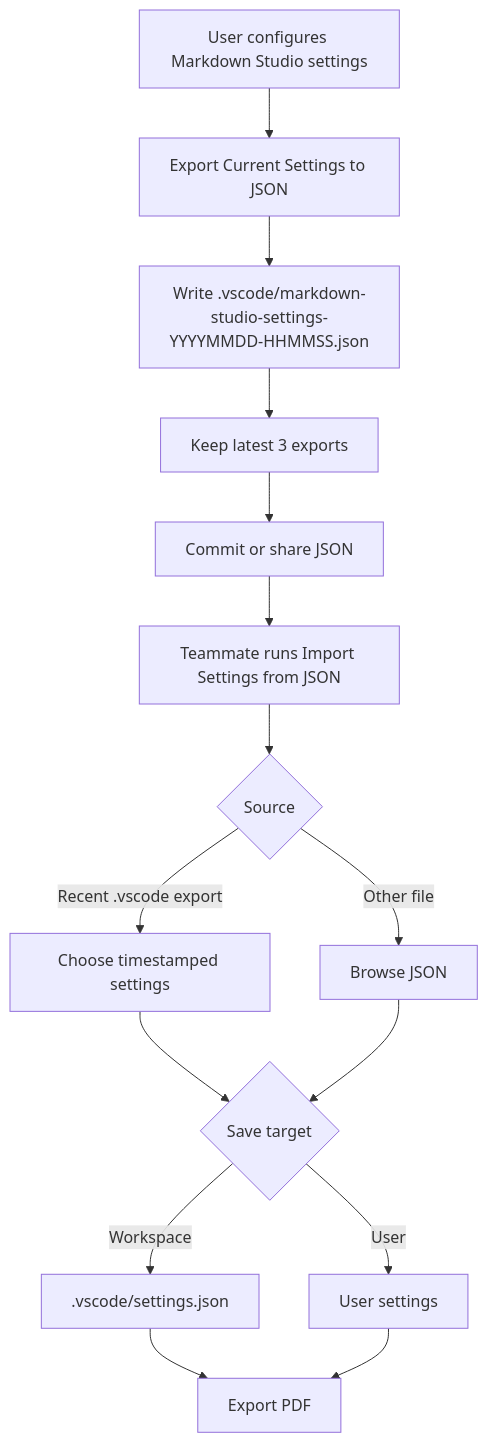
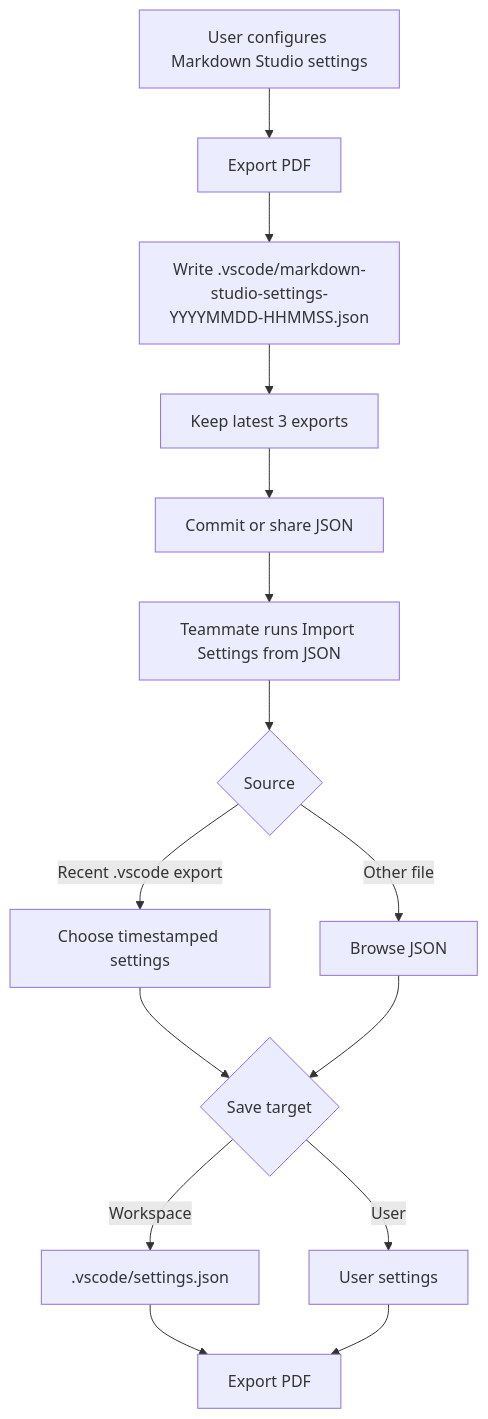
Before and after one commit to kino-6/vscode-markdown-studio: the diagram in docs/plans/export-profiles-plan.md, drawn with Mermaid. The commit also changed other lines of this file and 7 other files, not shown here.

Commit message:
Export settings after PDF generation

````diff
--- a/docs/plans/export-profiles-plan.md
+++ b/docs/plans/export-profiles-plan.md
@@ -21,17 +22,17 @@
 ```mermaid
 flowchart TD
-  A[User configures Markdown Studio settings] --> B[Export Current Settings to JSON]
+  A[User configures Markdown Studio settings] --> B[Export PDF]
   B --> C[Write .vscode/markdown-studio-settings-YYYYMMDD-HHMMSS.json]
   C --> D[Keep latest 3 exports]
   D --> E[Commit or share JSON]
   E --> F[Teammate runs Import Settings from JSON]
   F --> G{Source}
   G -->|Recent .vscode export| H[Choose timestamped settings]
   G -->|Other file| I[Browse JSON]
   H --> J{Save target}
   I --> J
   J -->|Workspace| K[.vscode/settings.json]
   J -->|User| L[User settings]
   K --> M[Export PDF]
   L --> M
 ```
````
